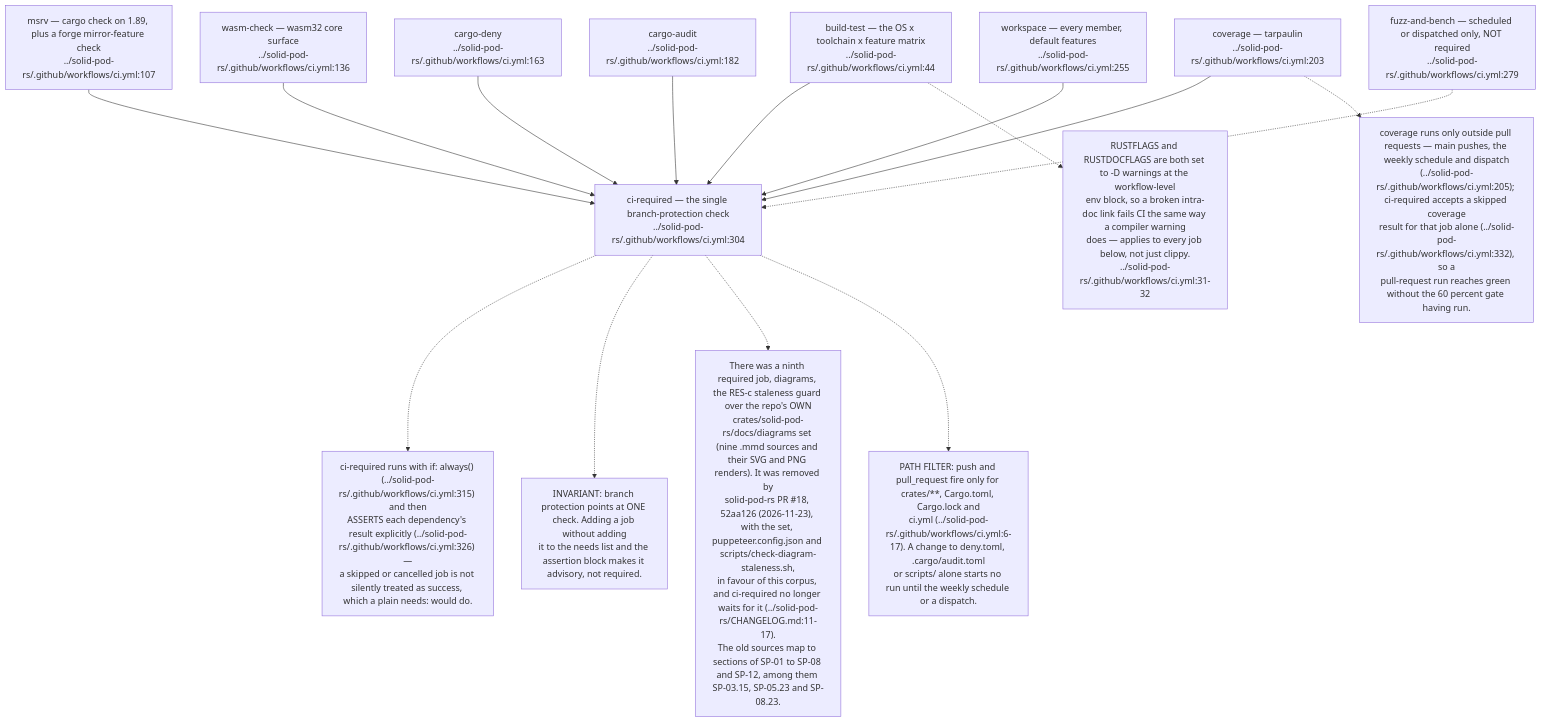
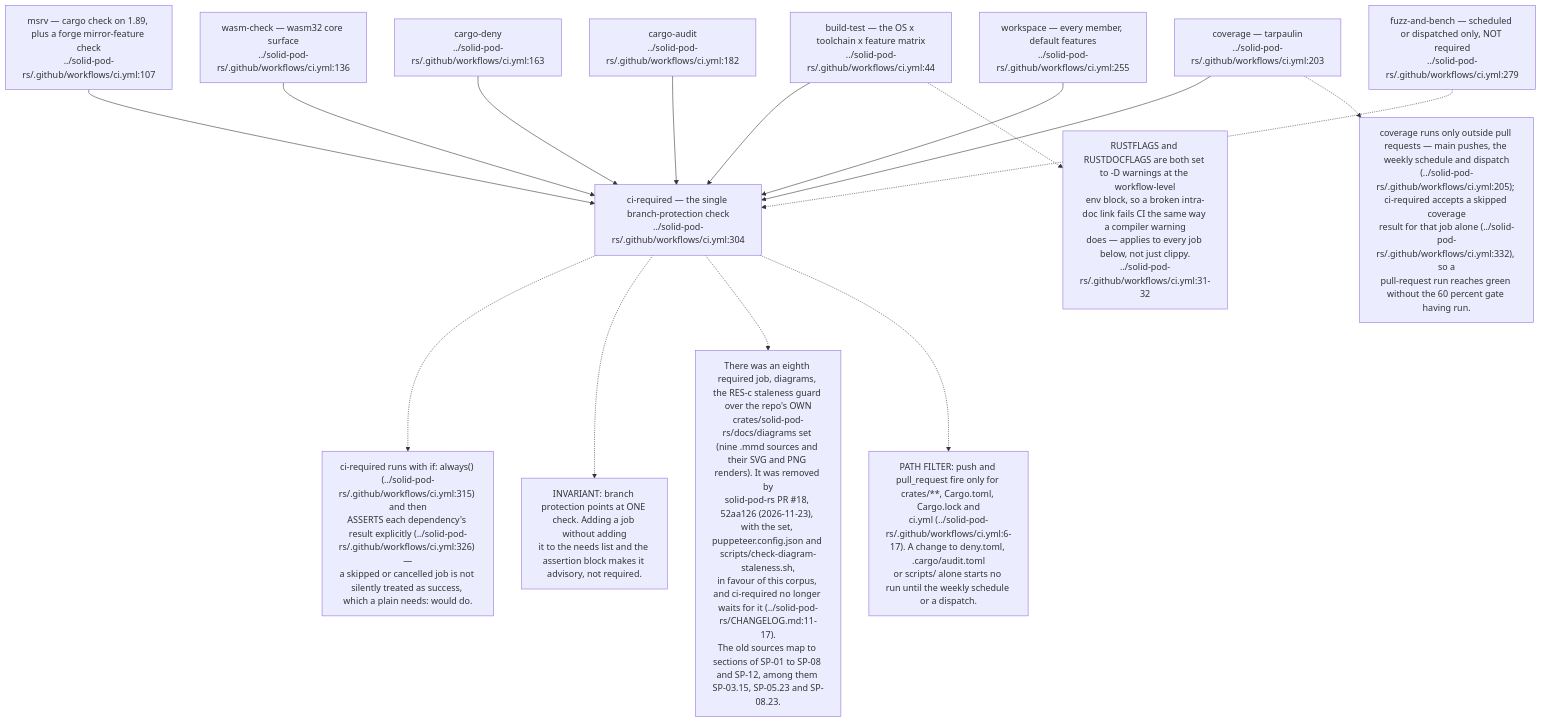
Before and after one commit to DreamLab-AI/VisionFlow: the first of 10 diagrams in docs/diagrams/solid-pod-rs/09-ci-release-and-consumer-pins.md, drawn with Mermaid. The commit also changed 6 other files, not shown here.

First line of the commit message:
diagrams: integration fixes for the follow-up round

````diff
--- a/docs/diagrams/solid-pod-rs/09-ci-release-and-consumer-pins.md
+++ b/docs/diagrams/solid-pod-rs/09-ci-release-and-consumer-pins.md
@@ -50,34 +50,34 @@
 ```mermaid
 flowchart TD
     BT["build-test — the OS x toolchain x feature matrix<br/>../solid-pod-rs/.github/workflows/ci.yml:44"]
     MSRV["msrv — cargo check on 1.89, plus a forge mirror-feature check<br/>../solid-pod-rs/.github/workflows/ci.yml:107"]
     WASM["wasm-check — wasm32 core surface<br/>../solid-pod-rs/.github/workflows/ci.yml:136"]
     DENY["cargo-deny<br/>../solid-pod-rs/.github/workflows/ci.yml:163"]
     AUDIT["cargo-audit<br/>../solid-pod-rs/.github/workflows/ci.yml:182"]
     COV["coverage — tarpaulin<br/>../solid-pod-rs/.github/workflows/ci.yml:203"]
     WS["workspace — every member, default features<br/>../solid-pod-rs/.github/workflows/ci.yml:255"]
     FZ["fuzz-and-bench — scheduled or dispatched only, NOT required<br/>../solid-pod-rs/.github/workflows/ci.yml:279"]
     REQ["ci-required — the single branch-protection check<br/>../solid-pod-rs/.github/workflows/ci.yml:304"]
 
     BT --> REQ
     MSRV --> REQ
     WASM --> REQ
     DENY --> REQ
     AUDIT --> REQ
     COV --> REQ
     WS --> REQ
     FZ -.-> REQ
 
     N["ci-required runs with if: always() (../solid-pod-rs/.github/workflows/ci.yml:315) and then<br/>ASSERTS each dependency's result explicitly (../solid-pod-rs/.github/workflows/ci.yml:326) —<br/>a skipped or cancelled job is not silently treated as success, which a plain needs: would do."]
     REQ -.-> N
     N2["INVARIANT: branch protection points at ONE check. Adding a job without adding<br/>it to the needs list and the assertion block makes it advisory, not required."]
     REQ -.-> N2
     N2B["coverage runs only outside pull requests — main pushes, the weekly schedule and dispatch<br/>(../solid-pod-rs/.github/workflows/ci.yml:205); ci-required accepts a skipped coverage<br/>result for that job alone (../solid-pod-rs/.github/workflows/ci.yml:332), so a<br/>pull-request run reaches green without the 60 percent gate having run."]
     COV -.-> N2B
     N3["RUSTFLAGS and RUSTDOCFLAGS are both set to -D warnings at the workflow-level<br/>env block, so a broken intra-doc link fails CI the same way a compiler warning<br/>does — applies to every job below, not just clippy.<br/>../solid-pod-rs/.github/workflows/ci.yml:31-32"]
     BT -.-> N3
-    N4["There was a ninth required job, diagrams, the RES-c staleness guard over the repo's OWN<br/>crates/solid-pod-rs/docs/diagrams set (nine .mmd sources and their SVG and PNG renders). It was removed by<br/>solid-pod-rs PR #18, 52aa126 (2026-11-23), with the set, puppeteer.config.json and scripts/check-diagram-staleness.sh,<br/>in favour of this corpus, and ci-required no longer waits for it (../solid-pod-rs/CHANGELOG.md:11-17).<br/>The old sources map to sections of SP-01 to SP-08 and SP-12, among them SP-03.15, SP-05.23 and SP-08.23."]
+    N4["There was an eighth required job, diagrams, the RES-c staleness guard over the repo's OWN<br/>crates/solid-pod-rs/docs/diagrams set (nine .mmd sources and their SVG and PNG renders). It was removed by<br/>solid-pod-rs PR #18, 52aa126 (2026-11-23), with the set, puppeteer.config.json and scripts/check-diagram-staleness.sh,<br/>in favour of this corpus, and ci-required no longer waits for it (../solid-pod-rs/CHANGELOG.md:11-17).<br/>The old sources map to sections of SP-01 to SP-08 and SP-12, among them SP-03.15, SP-05.23 and SP-08.23."]
     REQ -.-> N4
     N5["PATH FILTER: push and pull_request fire only for crates/**, Cargo.toml, Cargo.lock and<br/>ci.yml (../solid-pod-rs/.github/workflows/ci.yml:6-17). A change to deny.toml, .cargo/audit.toml<br/>or scripts/ alone starts no run until the weekly schedule or a dispatch."]
     REQ -.-> N5
 ```
````
